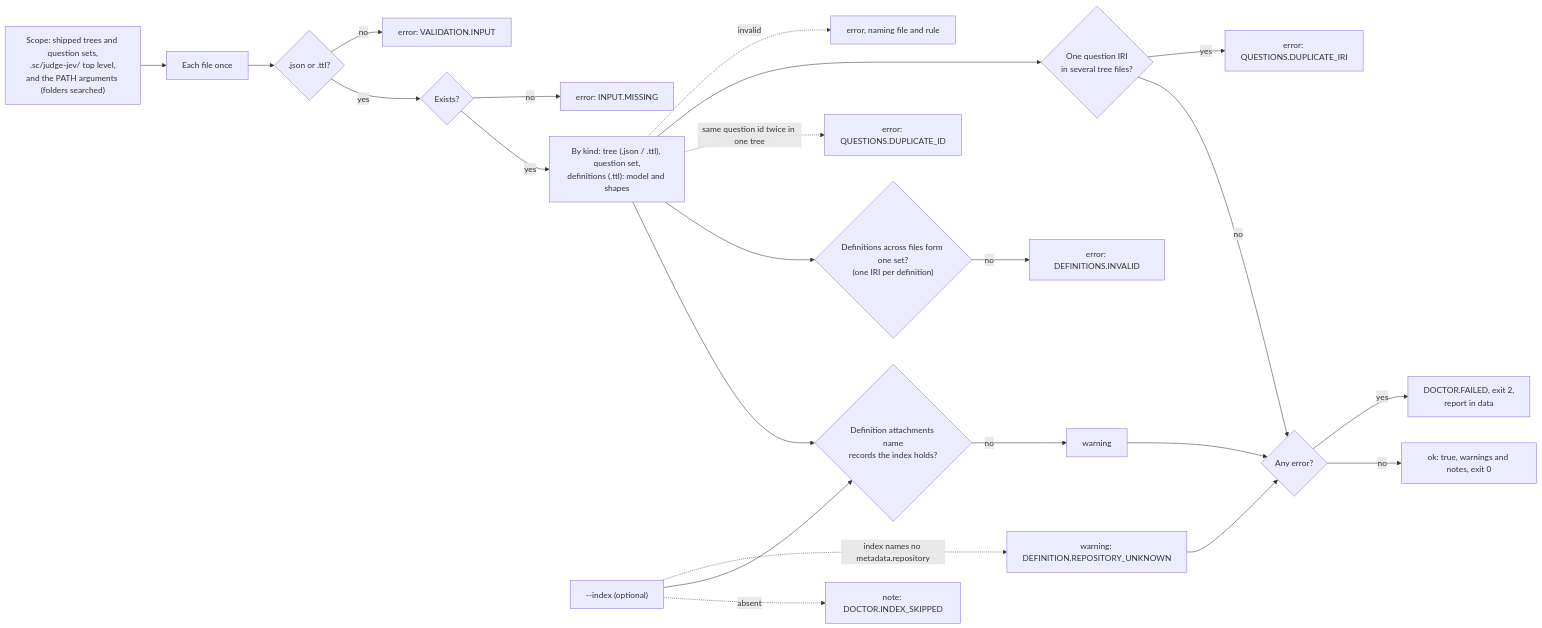
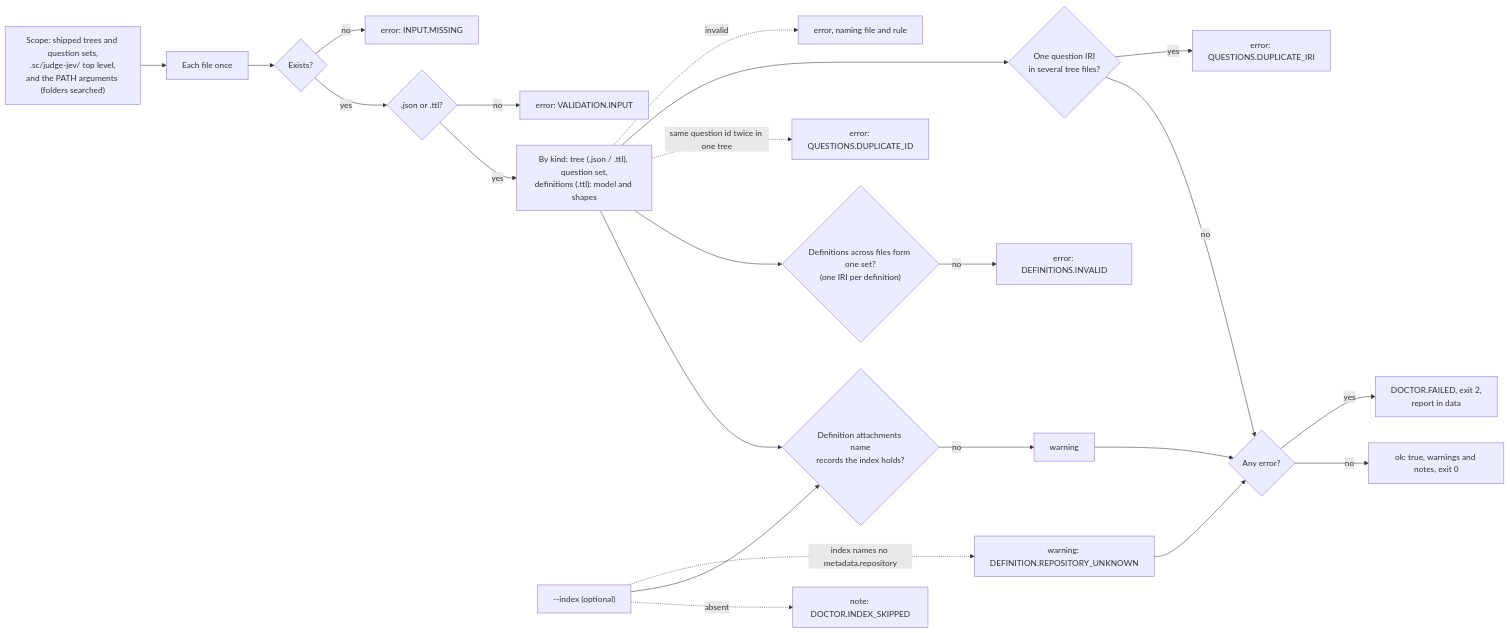
Before and after one commit to randlee/judge-jev: the diagram in docs/diagrams/doctor.md, drawn with Mermaid. The commit also changed 1 other file, not shown here.

Commit message:
docs: doctor checks existence before extension; label fix.md kept edge (jj-quality recheck)

````diff
--- a/docs/diagrams/doctor.md
+++ b/docs/diagrams/doctor.md
@@ -6,25 +6,25 @@
 ```mermaid
 flowchart LR
     S["Scope: shipped trees and question sets,<br/>.sc/judge-jev/ top level,<br/>and the PATH arguments (folders searched)"] --> F["Each file once"]
-    F --> EXT{".json or .ttl?"}
+    F --> EX{"Exists?"}
+    EX -- no --> ERR["error: INPUT.MISSING"]
+    EX -- yes --> EXT{".json or .ttl?"}
     EXT -- no --> ERRV["error: VALIDATION.INPUT"]
-    EXT -- yes --> EX{"Exists?"}
-    EX -- no --> ERR["error: INPUT.MISSING"]
-    EX -- yes --> K["By kind: tree (.json / .ttl), question set,<br/>definitions (.ttl): model and shapes"]
+    EXT -- yes --> K["By kind: tree (.json / .ttl), question set,<br/>definitions (.ttl): model and shapes"]
     K -. invalid .-> ERR2["error, naming file and rule"]
     K --> DUP{"One question IRI<br/>in several tree files?"}
     DUP -- yes --> ERR3["error: QUESTIONS.DUPLICATE_IRI"]
     K -. "same question id twice in one tree" .-> ERR4["error: QUESTIONS.DUPLICATE_ID"]
     K --> DS{"Definitions across files form one set?<br/>(one IRI per definition)"}
     DS -- no --> ERR5["error: DEFINITIONS.INVALID"]
     IX -. "index names no metadata.repository" .-> W2["warning: DEFINITION.REPOSITORY_UNKNOWN"]
     W2 --> R
     IX["--index (optional)"] --> AT{"Definition attachments name<br/>records the index holds?"}
     K --> AT
     AT -- no --> W["warning"]
     IX -. absent .-> N["note: DOCTOR.INDEX_SKIPPED"]
     DUP -- no --> R{"Any error?"}
     W --> R
     R -- yes --> FAIL["DOCTOR.FAILED, exit 2,<br/>report in data"]
     R -- no --> OK["ok: true, warnings and notes, exit 0"]
 ```
````
